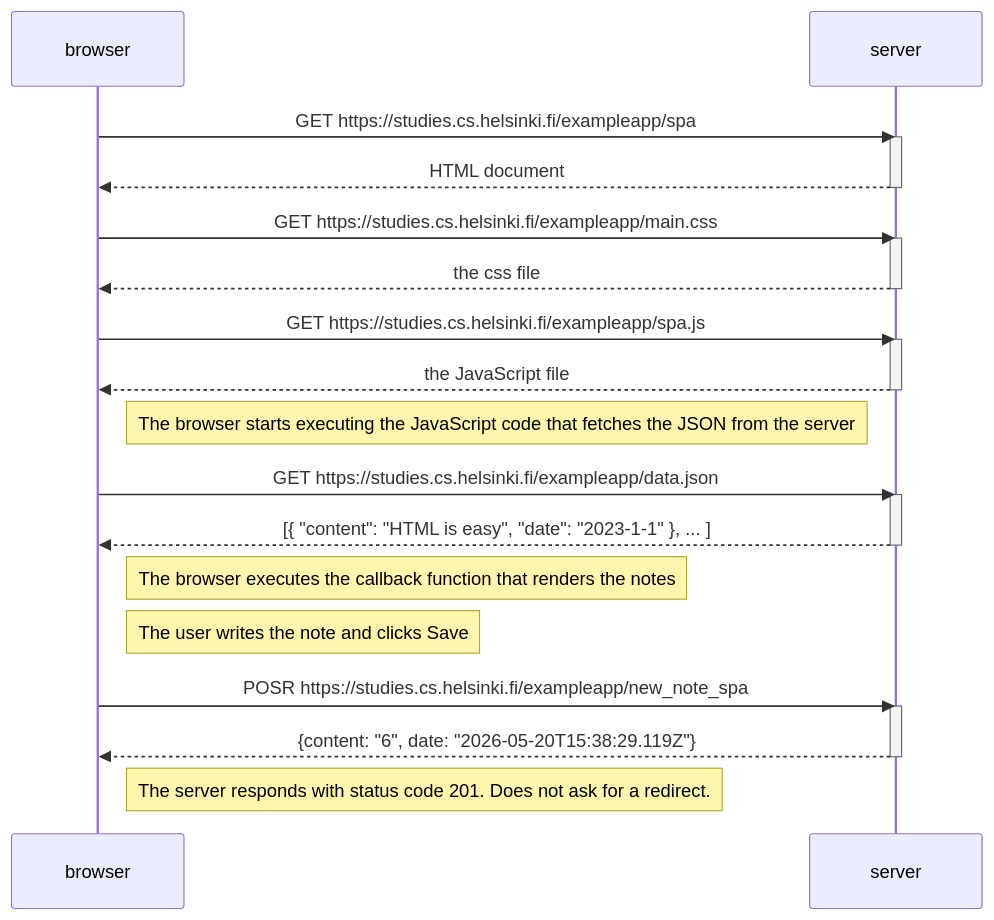
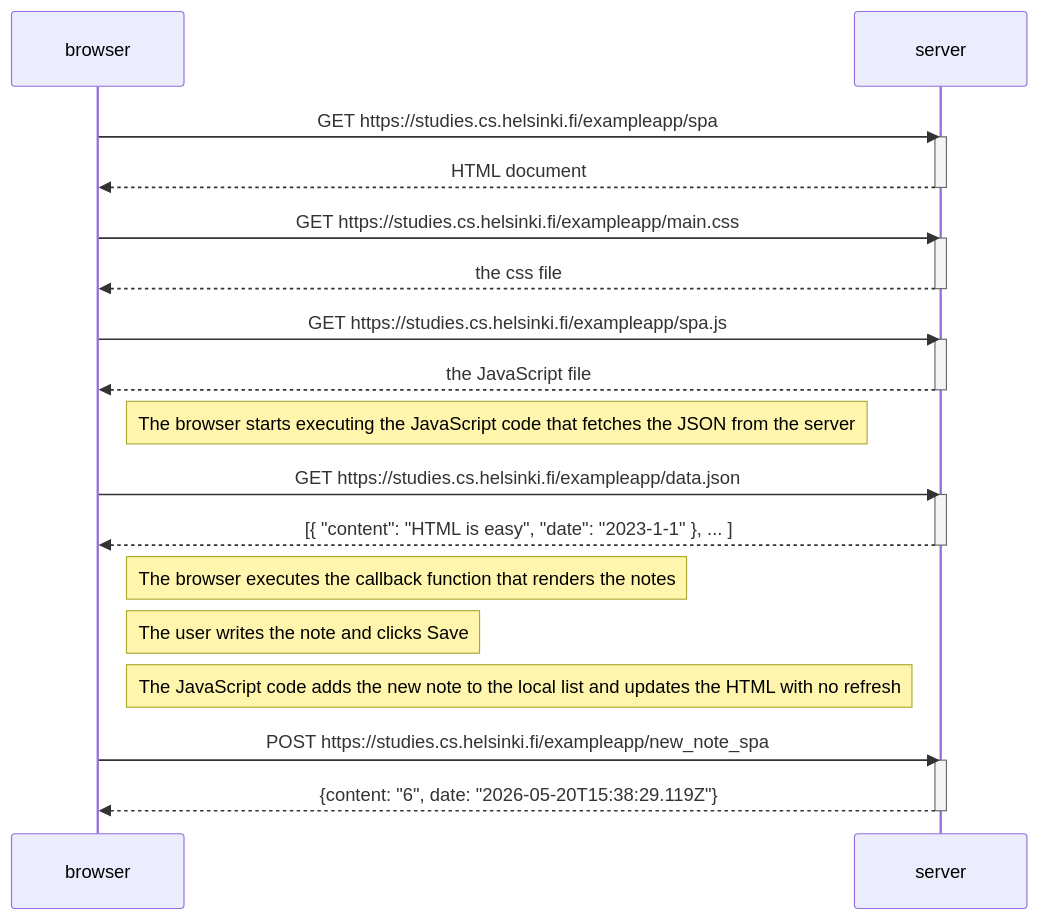
Before and after one commit to vabasda/fullstackopen: the diagram in 06.md, drawn with Mermaid.

Commit message:
Clarify browser note handling and fix HTTP method
Updated note on browser-server interaction to clarify JavaScript behavior and corrected the HTTP method.

````diff
--- a/06.md
+++ b/06.md
@@ -1,34 +1,34 @@
 ```mermaid
     sequenceDiagram
     participant browser
     participant server
 
     browser->>server: GET https://studies.cs.helsinki.fi/exampleapp/spa
     activate server
     server-->>browser: HTML document
     deactivate server
 
     browser->>server: GET https://studies.cs.helsinki.fi/exampleapp/main.css
     activate server
     server-->>browser: the css file
     deactivate server
 
     browser->>server: GET https://studies.cs.helsinki.fi/exampleapp/spa.js
     activate server
     server-->>browser: the JavaScript file
     deactivate server
 
     Note right of browser: The browser starts executing the JavaScript code that fetches the JSON from the server
     browser->>server: GET https://studies.cs.helsinki.fi/exampleapp/data.json
     activate server
     server-->>browser: [{ "content": "HTML is easy", "date": "2023-1-1" }, ... ]
     deactivate server
 
     Note right of browser: The browser executes the callback function that renders the notes
     Note right of browser: The user writes the note and clicks Save
-    browser->>server: POSR https://studies.cs.helsinki.fi/exampleapp/new_note_spa
+    Note right of browser: The JavaScript code adds the new note to the local list and updates the HTML with no refresh
+    browser->>server: POSΤ https://studies.cs.helsinki.fi/exampleapp/new_note_spa
     activate server
     server-->>browser: {content: "6", date: "2026-05-20T15:38:29.119Z"}
     deactivate server
-    Note right of browser: The server responds with status code 201. Does not ask for a redirect.  
 ```
````
